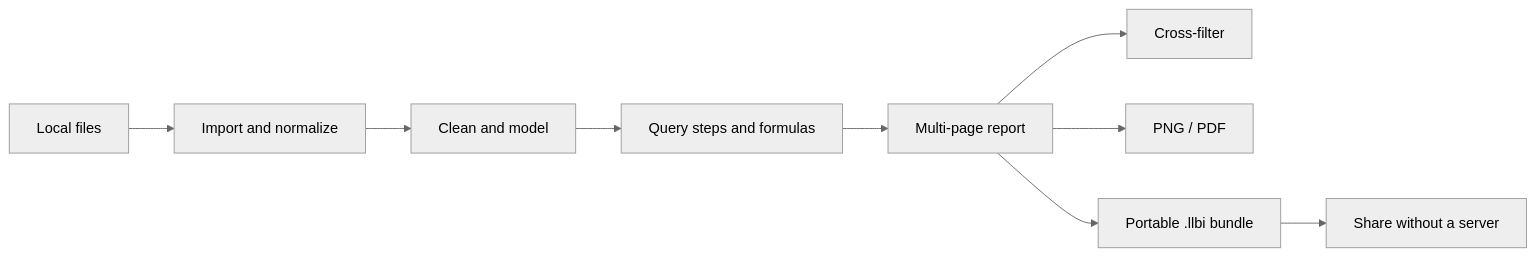
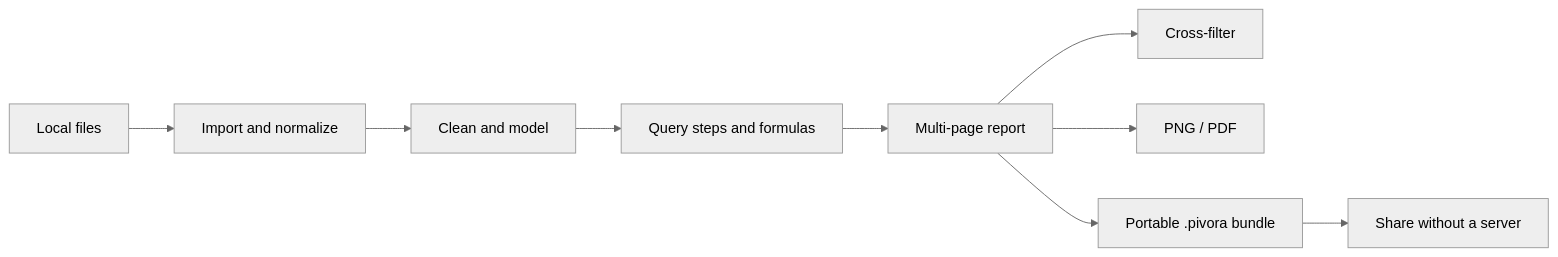
One commit to mohui666/pivora changed the diagram in README.md. Above: the diagram before and after it, drawn with Mermaid (neutral theme). The commit also changed other lines of this file and 22 other files, not shown here.

````diff
--- a/README.md
+++ b/README.md
@@ -47,11 +50,11 @@
 ```mermaid
 flowchart LR
     A[Local files] --> B[Import and normalize]
     B --> C[Clean and model]
     C --> D[Query steps and formulas]
     D --> E[Multi-page report]
     E --> F[Cross-filter]
     E --> G[PNG / PDF]
-    E --> H[Portable .llbi bundle]
+    E --> H[Portable .pivora bundle]
     H --> I[Share without a server]
 ```
````
